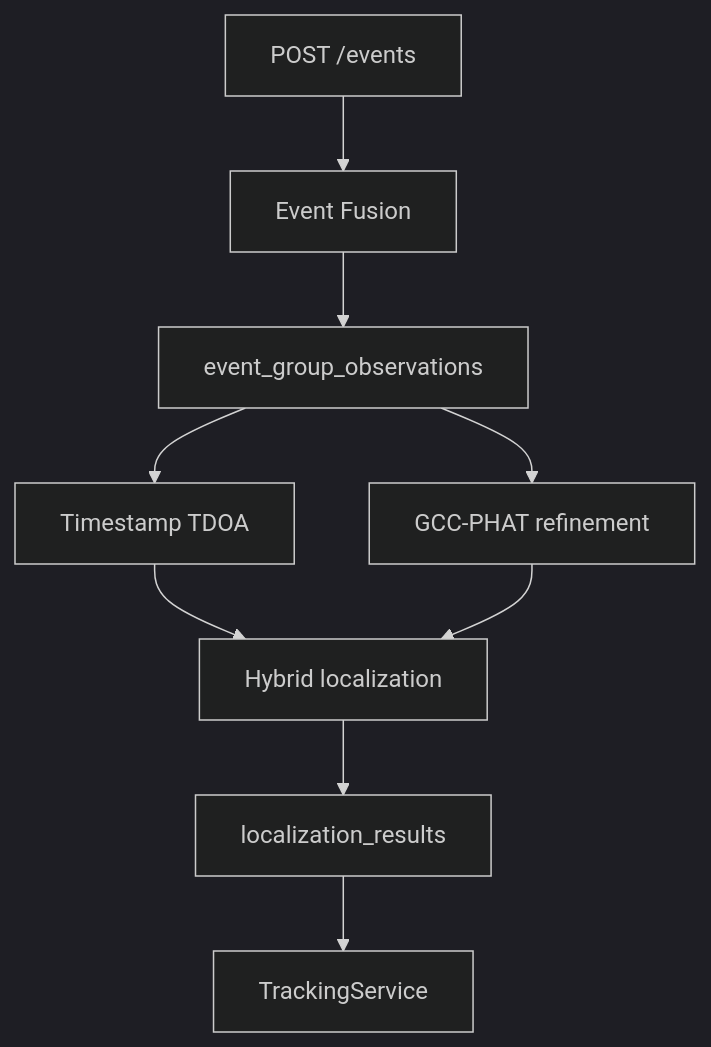
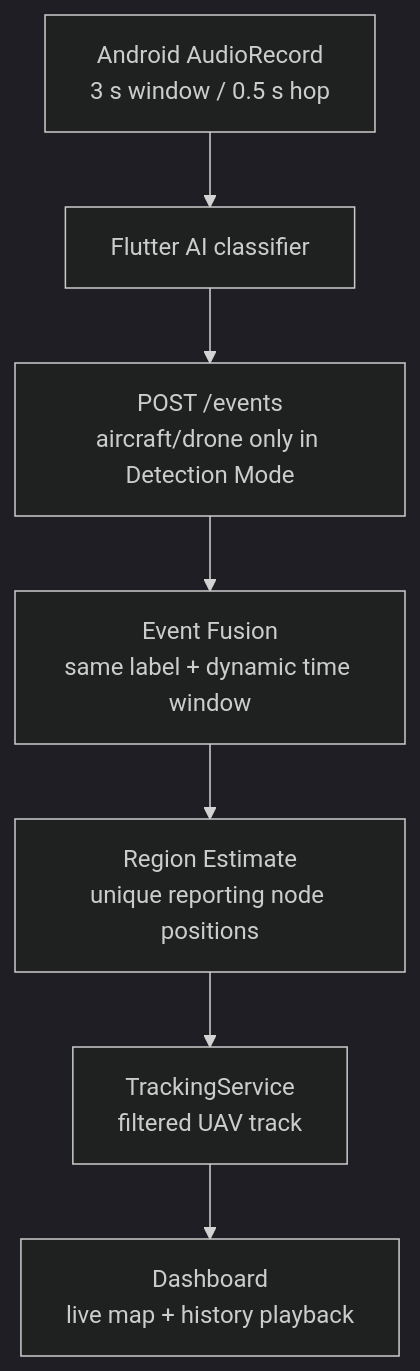
Before and after one commit to vickuo2005-sys/sound_backend: the diagram in docs/architecture/localization.md, drawn with Mermaid (dark theme). The commit also changed other lines of this file and 2 other files, not shown here.

Commit message:
Tune fusion window and architecture docs

````diff
--- a/docs/architecture/localization.md
+++ b/docs/architecture/localization.md
@@ -5,14 +10,12 @@
 ```mermaid
 flowchart TD
-    Event["POST /events"]
-    Fusion["Event Fusion"]
-    Observations["event_group_observations"]
-    Timestamp["Timestamp TDOA"]
-    GCC["GCC-PHAT refinement"]
-    Hybrid["Hybrid localization"]
-    Result["localization_results"]
-    Track["TrackingService"]
+    Audio["Android AudioRecord<br/>3 s window / 0.5 s hop"]
+    AI["Flutter AI classifier"]
+    Event["POST /events<br/>aircraft/drone only in Detection Mode"]
+    Fusion["Event Fusion<br/>same label + dynamic time window"]
+    Region["Region Estimate<br/>unique reporting node positions"]
+    Track["TrackingService<br/>filtered UAV track"]
+    Dashboard["Dashboard<br/>live map + history playback"]
 
-    Event --> Fusion --> Observations --> Timestamp --> Hybrid --> Result --> Track
-    Observations --> GCC --> Hybrid
+    Audio --> AI --> Event --> Fusion --> Region --> Track --> Dashboard
 ```
````
